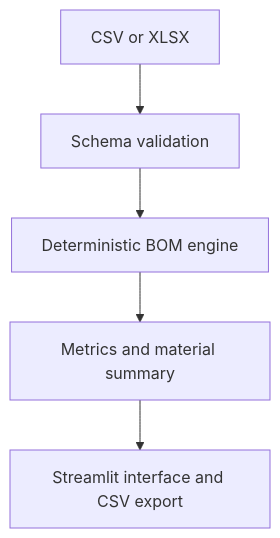
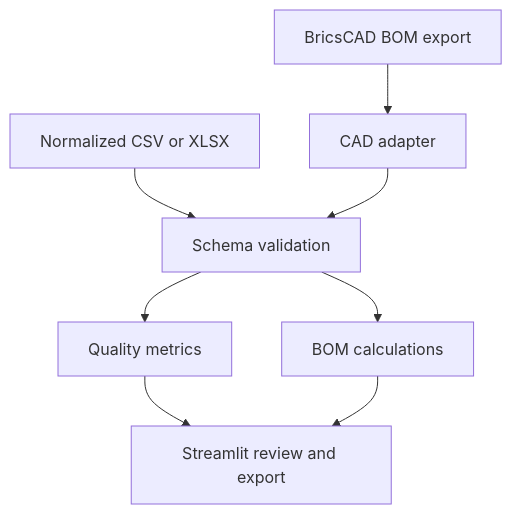
Before and after one commit to Sembla/Engineering-BOM-Intelligence: the diagram in README.md, drawn with Mermaid. The commit also changed other lines of this file and 4 other files, not shown here.

Commit message:
Add neutral CAD BOM analysis and public demo

````diff
--- a/README.md
+++ b/README.md
@@ -22,7 +35,10 @@
 ```mermaid
 flowchart TD
-    A[CSV or XLSX] --> B[Schema validation]
-    B --> C[Deterministic BOM engine]
-    C --> D[Metrics and material summary]
-    D --> E[Streamlit interface and CSV export]
+    A["BricsCAD BOM export"] --> B["CAD adapter"]
+    C["Normalized CSV or XLSX"] --> D["Schema validation"]
+    B --> D
+    D --> E["Quality metrics"]
+    D --> F["BOM calculations"]
+    E --> G["Streamlit review and export"]
+    F --> G
 ```
````
